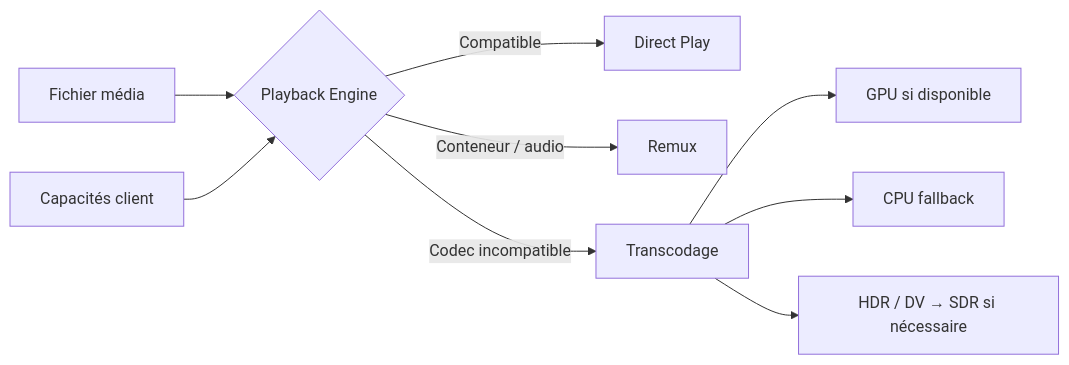
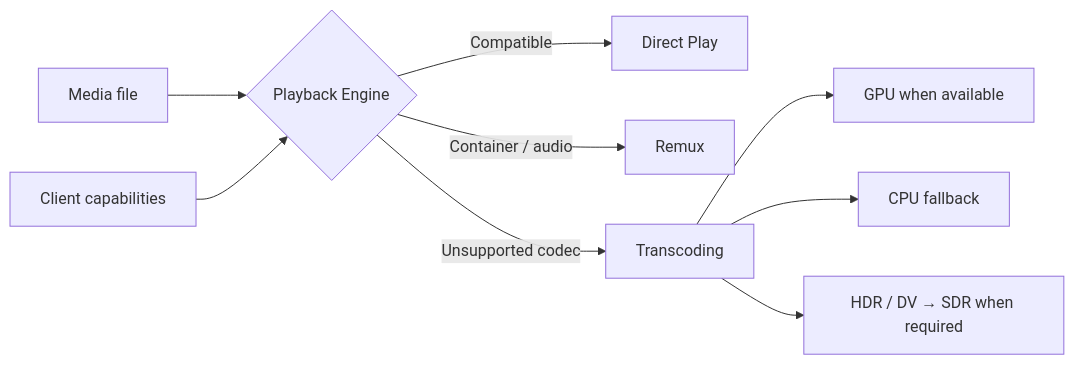
The first of 3 diagrams in README.md (dj41ph4/movviz), drawn with Mermaid before and after one commit. The commit also changed other lines of this file, not shown here.

````diff
--- a/README.md
+++ b/README.md
@@ -177,11 +181,11 @@
 ```mermaid
 flowchart LR
-    F[Fichier média] --> E{Playback Engine}
-    C[Capacités client] --> E
+    F[Media file] --> E{Playback Engine}
+    C[Client capabilities] --> E
     E -->|Compatible| D[Direct Play]
-    E -->|Conteneur / audio| R[Remux]
-    E -->|Codec incompatible| T[Transcodage]
-    T --> G[GPU si disponible]
+    E -->|Container / audio| R[Remux]
+    E -->|Unsupported codec| T[Transcoding]
+    T --> G[GPU when available]
     T --> P[CPU fallback]
-    T --> H[HDR / DV → SDR si nécessaire]
+    T --> H[HDR / DV → SDR when required]
 ```
````
